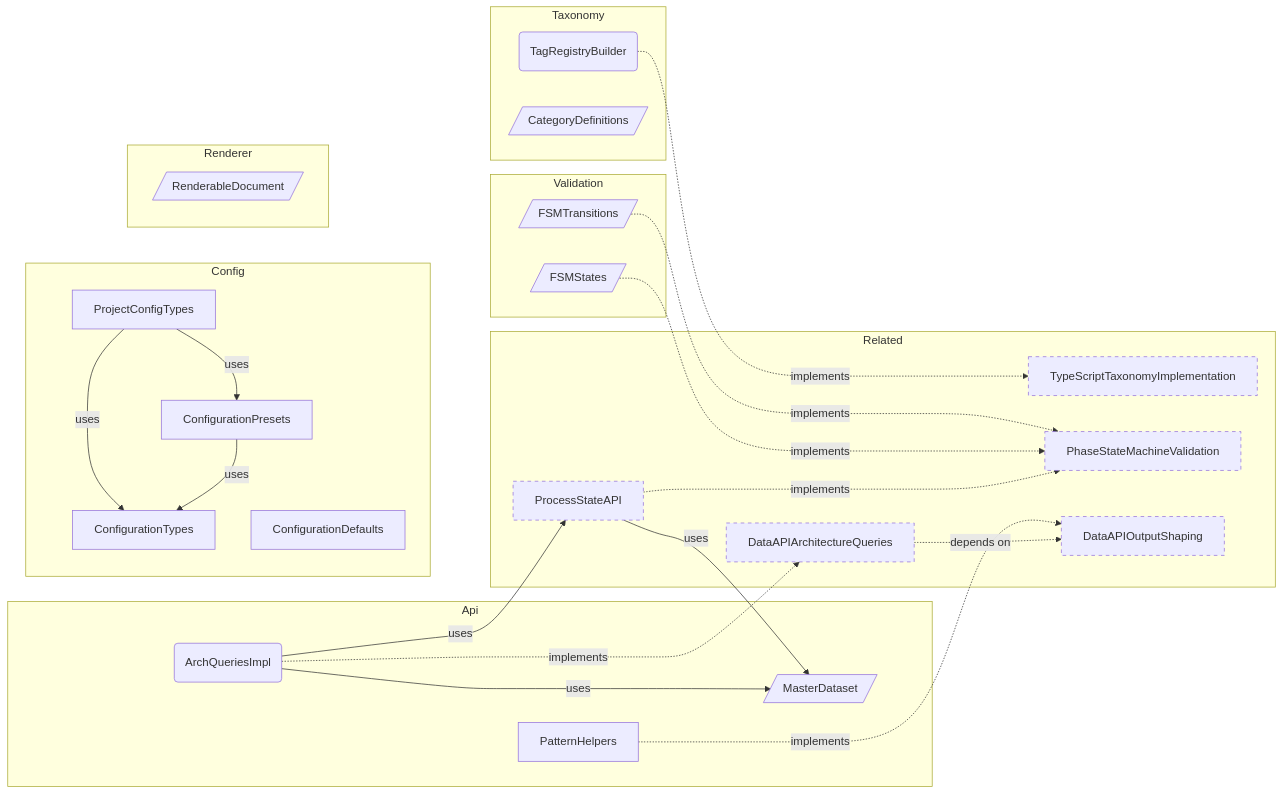
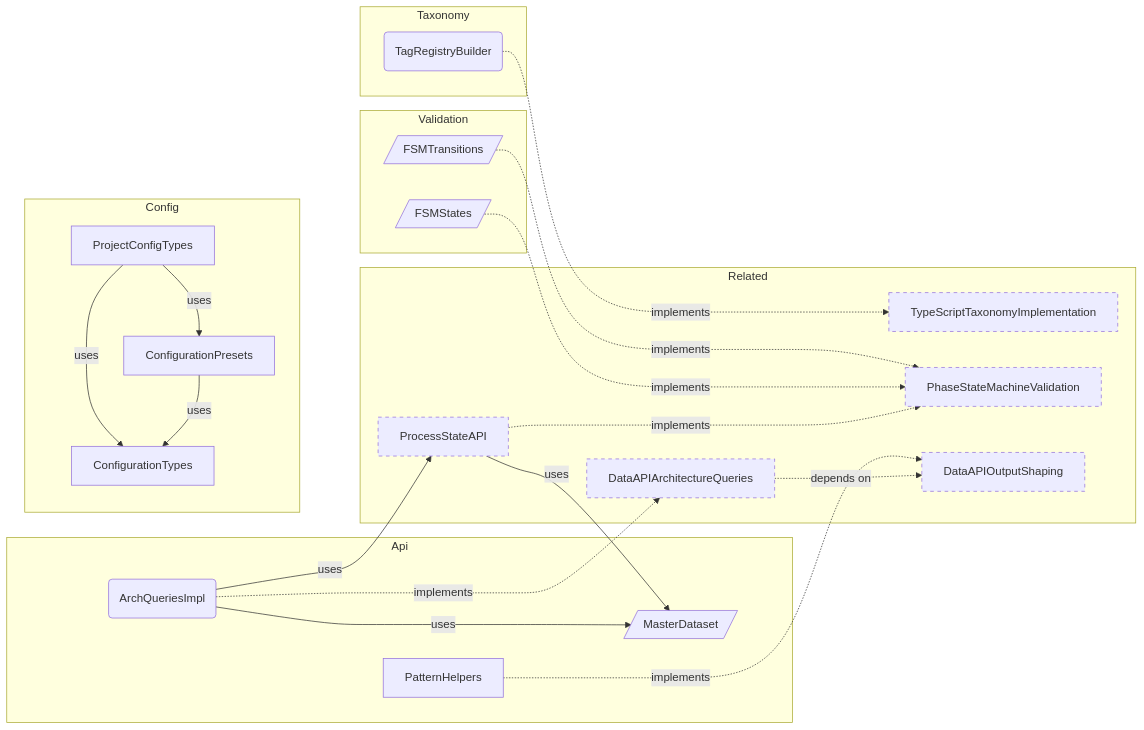
Before and after one commit to libar-dev/architect: the sixth of 6 diagrams in docs-generated/docs/REFERENCE-SAMPLE.md, drawn with Mermaid. The commit also changed other lines of this file and 73 other files, not shown here.

````diff
--- a/docs-generated/docs/REFERENCE-SAMPLE.md
+++ b/docs-generated/docs/REFERENCE-SAMPLE.md
@@ -293,46 +285,41 @@
 ```mermaid
 graph LR
     subgraph api["Api"]
         MasterDataset[/"MasterDataset"/]
         PatternHelpers["PatternHelpers"]
         ArchQueriesImpl("ArchQueriesImpl")
     end
     subgraph config["Config"]
         ConfigurationTypes["ConfigurationTypes"]
         ProjectConfigTypes["ProjectConfigTypes"]
         ConfigurationPresets["ConfigurationPresets"]
-        ConfigurationDefaults["ConfigurationDefaults"]
-    end
-    subgraph renderer["Renderer"]
-        RenderableDocument[/"RenderableDocument"/]
     end
     subgraph taxonomy["Taxonomy"]
         TagRegistryBuilder("TagRegistryBuilder")
-        CategoryDefinitions[/"CategoryDefinitions"/]
     end
     subgraph validation["Validation"]
         FSMTransitions[/"FSMTransitions"/]
         FSMStates[/"FSMStates"/]
     end
     subgraph related["Related"]
         ProcessStateAPI["ProcessStateAPI"]:::neighbor
         TypeScriptTaxonomyImplementation["TypeScriptTaxonomyImplementation"]:::neighbor
         PhaseStateMachineValidation["PhaseStateMachineValidation"]:::neighbor
         DataAPIOutputShaping["DataAPIOutputShaping"]:::neighbor
         DataAPIArchitectureQueries["DataAPIArchitectureQueries"]:::neighbor
     end
     TagRegistryBuilder ..->|implements| TypeScriptTaxonomyImplementation
     ProjectConfigTypes -->|uses| ConfigurationTypes
     ProjectConfigTypes -->|uses| ConfigurationPresets
     ConfigurationPresets -->|uses| ConfigurationTypes
     PatternHelpers ..->|implements| DataAPIOutputShaping
     ArchQueriesImpl -->|uses| ProcessStateAPI
     ArchQueriesImpl -->|uses| MasterDataset
     ArchQueriesImpl ..->|implements| DataAPIArchitectureQueries
     FSMTransitions ..->|implements| PhaseStateMachineValidation
     FSMStates ..->|implements| PhaseStateMachineValidation
     ProcessStateAPI -->|uses| MasterDataset
     ProcessStateAPI ..->|implements| PhaseStateMachineValidation
     DataAPIArchitectureQueries -.->|depends on| DataAPIOutputShaping
     classDef neighbor stroke-dasharray: 5 5
 ```
````
